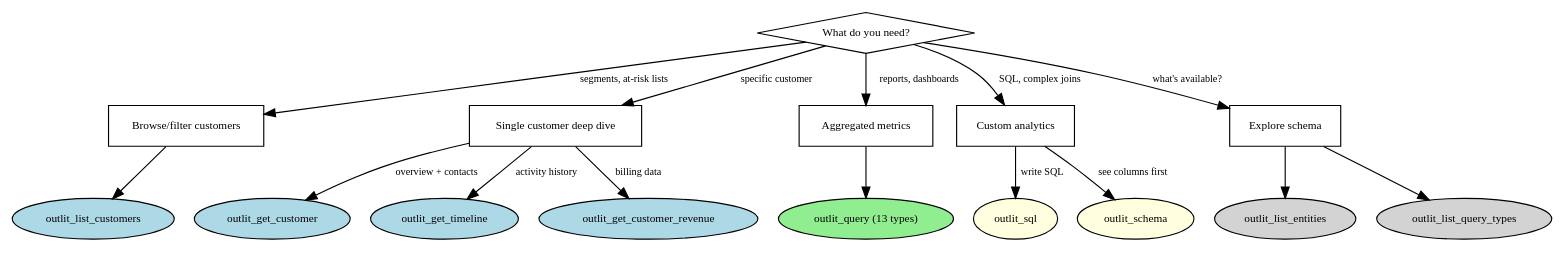
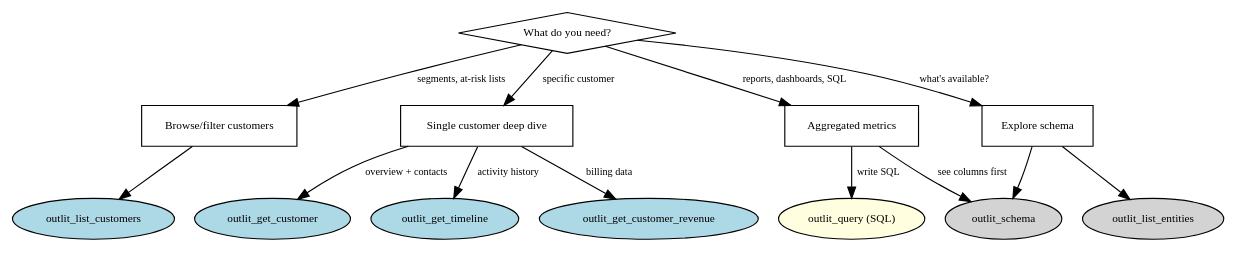
The second of 2 diagrams in skills/outlit-mcp/SKILL.md (OutlitAI/outlit-agent-skills), drawn with Graphviz before and after one commit. The commit also changed other lines of this file and 5 other files, not shown here.

````diff
--- a/skills/outlit-mcp/SKILL.md
+++ b/skills/outlit-mcp/SKILL.md
@@ -86,47 +84,41 @@
 ```dot
 digraph tool_selection {
     rankdir=TB;
     node [shape=box fontsize=10];
     edge [fontsize=9];
 
     start [label="What do you need?" shape=diamond];
 
     // First level decisions
     list [label="Browse/filter customers"];
     single [label="Single customer deep dive"];
     aggregate [label="Aggregated metrics"];
-    raw [label="Custom analytics"];
     discover [label="Explore schema"];
 
     // Tool outcomes
     list_customers [label="outlit_list_customers" shape=ellipse style=filled fillcolor=lightblue];
     get_customer [label="outlit_get_customer" shape=ellipse style=filled fillcolor=lightblue];
     get_timeline [label="outlit_get_timeline" shape=ellipse style=filled fillcolor=lightblue];
     get_revenue [label="outlit_get_customer_revenue" shape=ellipse style=filled fillcolor=lightblue];
-    query [label="outlit_query (13 types)" shape=ellipse style=filled fillcolor=lightgreen];
-    sql [label="outlit_sql" shape=ellipse style=filled fillcolor=lightyellow];
-    schema [label="outlit_schema" shape=ellipse style=filled fillcolor=lightyellow];
+    query [label="outlit_query (SQL)" shape=ellipse style=filled fillcolor=lightyellow];
+    schema [label="outlit_schema" shape=ellipse style=filled fillcolor=lightgray];
     list_entities [label="outlit_list_entities" shape=ellipse style=filled fillcolor=lightgray];
-    list_query_types [label="outlit_list_query_types" shape=ellipse style=filled fillcolor=lightgray];
 
     start -> list [label="segments, at-risk lists"];
     start -> single [label="specific customer"];
-    start -> aggregate [label="reports, dashboards"];
-    start -> raw [label="SQL, complex joins"];
+    start -> aggregate [label="reports, dashboards, SQL"];
     start -> discover [label="what's available?"];
 
     list -> list_customers;
 
     single -> get_customer [label="overview + contacts"];
     single -> get_timeline [label="activity history"];
     single -> get_revenue [label="billing data"];
 
-    aggregate -> query;
-
-    raw -> sql [label="write SQL"];
-    raw -> schema [label="see columns first"];
+    aggregate -> query [label="write SQL"];
+    aggregate -> schema [label="see columns first"];
 
     discover -> list_entities;
-    discover -> list_query_types;
+    discover -> schema;
 }
 ```
````
